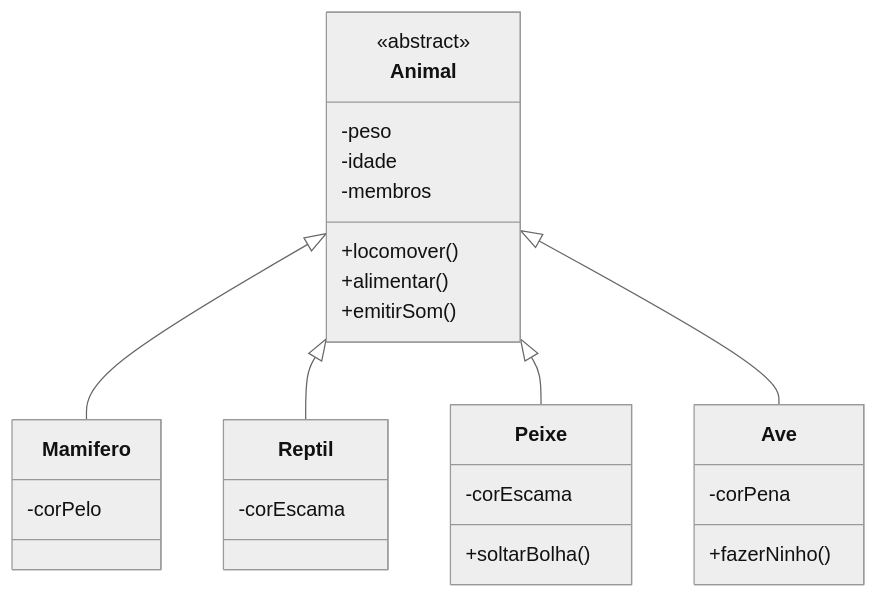
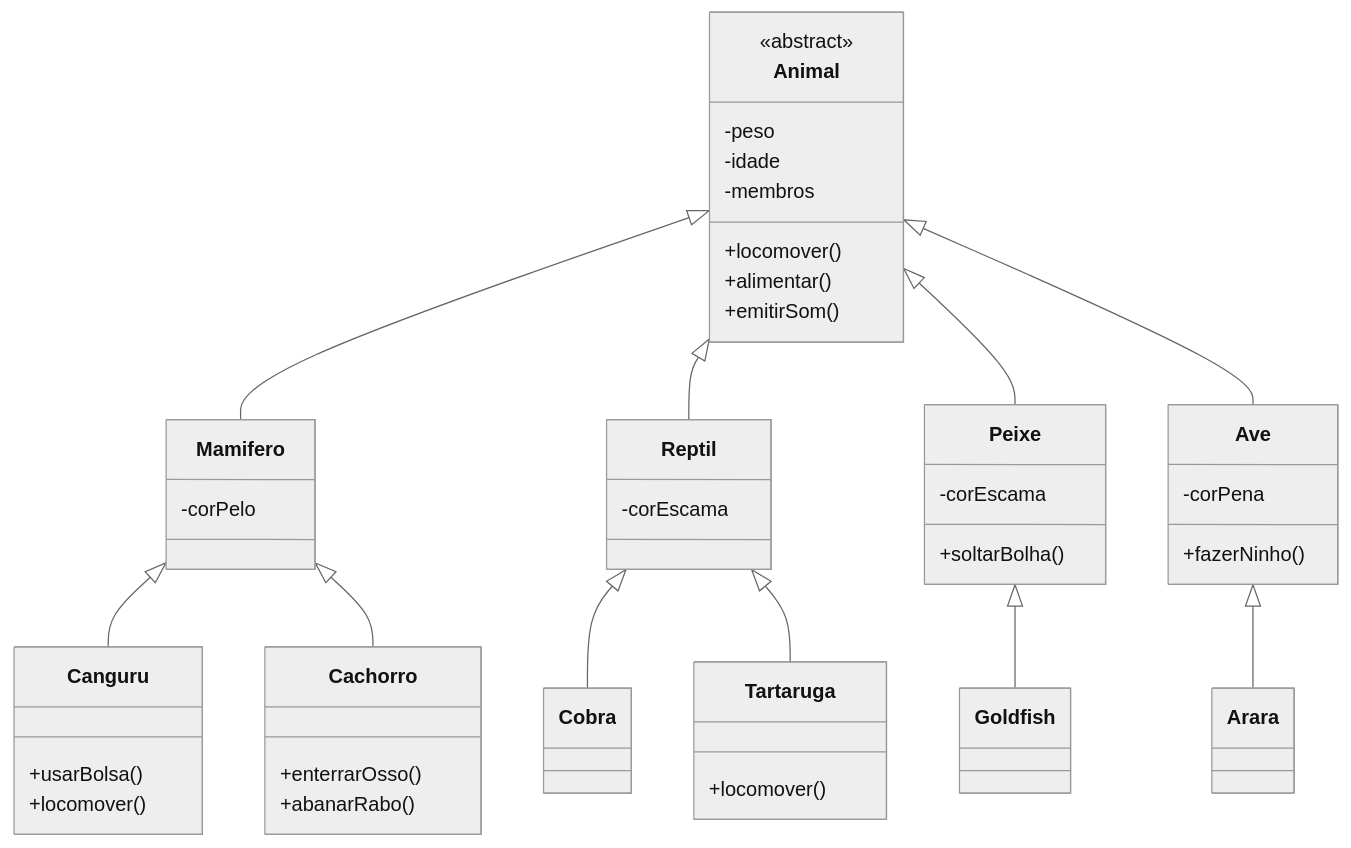
Before and after one commit to claraneves23/cev_concept_poo: the third of 3 diagrams in README.md, drawn with Mermaid (neutral theme). The commit also changed other lines of this file, not shown here.

````diff
--- a/README.md
+++ b/README.md
@@ -165,35 +338,61 @@
 ```mermaid
 classDiagram
     %% ---------- Classe Abstrata ----------
     class Animal {
         -peso
         -idade
         -membros
         <<abstract>>
         +locomover()
         +alimentar()
         +emitirSom()
     }
 
-    %% ---------- Subclasses ----------
+    %% ---------- Subclasses Principais ----------
     class Mamifero {
         -corPelo
     }
     class Reptil {
         -corEscama
     }
     class Peixe {
         -corEscama
         +soltarBolha()
     }
     class Ave {
         -corPena
         +fazerNinho()
     }
 
+    %% ---------- Subclasses Específicas ----------
+    class Canguru {
+        +usarBolsa()
+        +locomover()
+    }
+    class Cachorro {
+        +enterrarOsso()
+        +abanarRabo()
+    }
+    class Cobra {
+    }
+    class Tartaruga {
+        +locomover()
+    }
+    class Goldfish {
+    }
+    class Arara {
+    }
+
     %% ---------- Relações ----------
     Animal <|-- Mamifero
     Animal <|-- Reptil
     Animal <|-- Peixe
     Animal <|-- Ave
+
+    Mamifero <|-- Canguru
+    Mamifero <|-- Cachorro
+    Reptil <|-- Cobra
+    Reptil <|-- Tartaruga
+    Peixe <|-- Goldfish
+    Ave <|-- Arara
 ```
````
